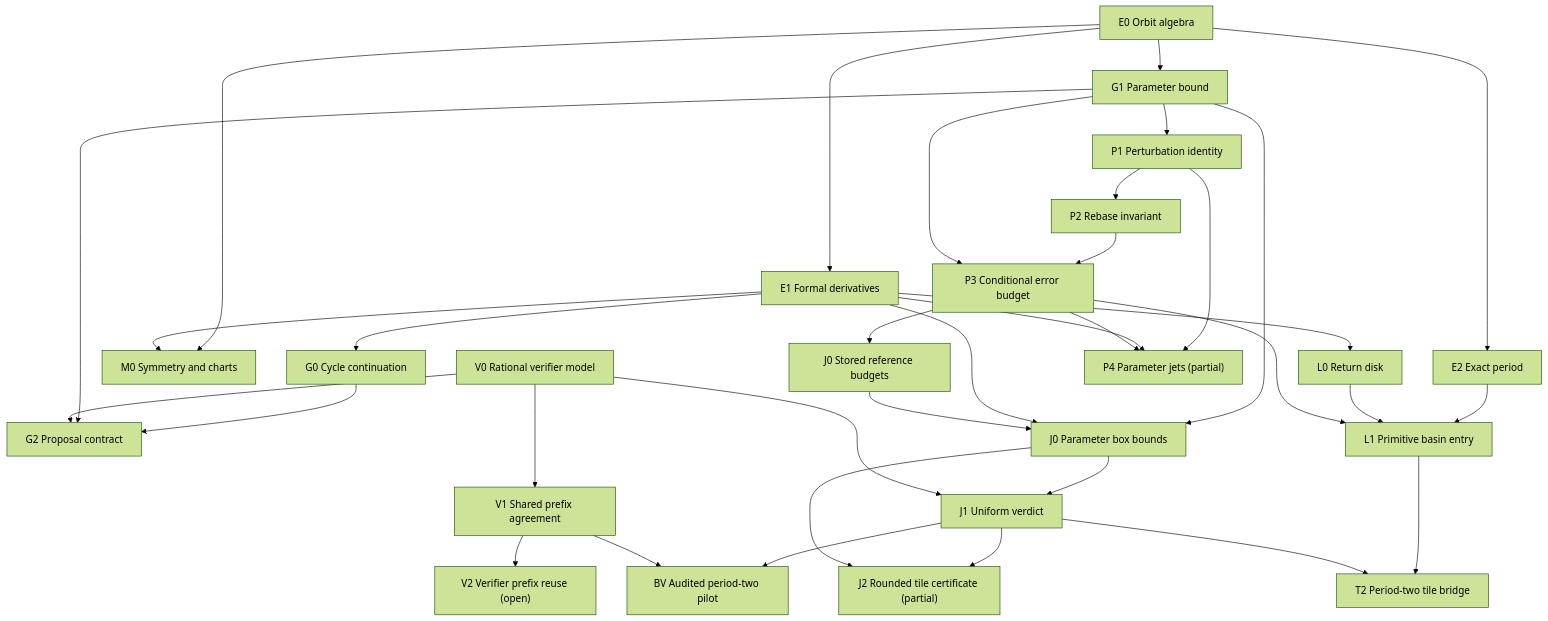
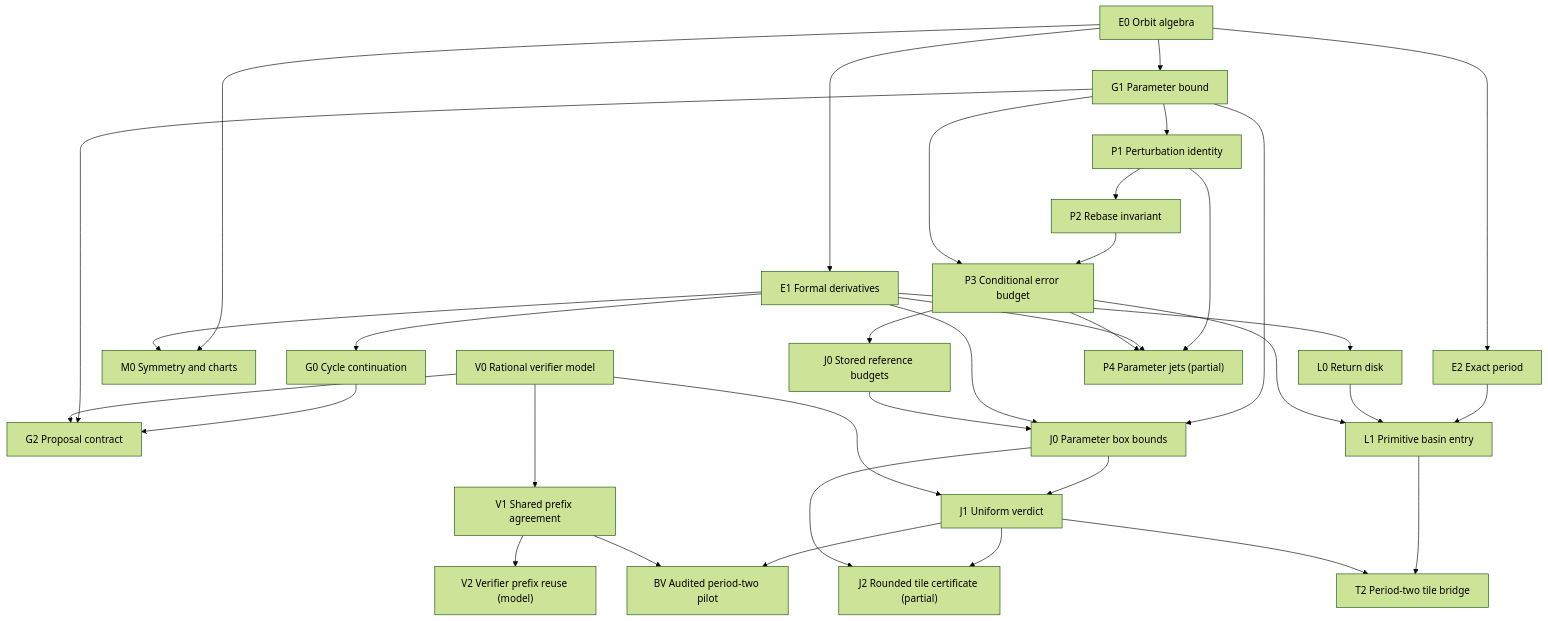
One commit to Aaron-Fine/int-M- changed the diagram in docs/verification/LEAN-PROOF-DAG.md. Above: the diagram before and after it, drawn with Mermaid (forest theme). The commit also changed other lines of this file and 5 other files, not shown here.

First line of the commit message:
Prove V2 verifier frame-cache equivalence in the exact model

````diff
--- a/docs/verification/LEAN-PROOF-DAG.md
+++ b/docs/verification/LEAN-PROOF-DAG.md
@@ -7,38 +7,38 @@
 ```mermaid
 flowchart TD
   E0["E0 Orbit algebra"] --> E1["E1 Formal derivatives"]
   E0 --> E2["E2 Exact period"]
   E0 --> M0["M0 Symmetry and charts"]
   E1 --> M0
   V0["V0 Rational verifier model"]
   V0 --> V1["V1 Shared prefix agreement"]
-  V1 --> V2["V2 Verifier prefix reuse (open)"]
+  V1 --> V2["V2 Verifier prefix reuse (model)"]
   E1 --> G0["G0 Cycle continuation"]
   E0 --> G1["G1 Parameter bound"]
   G0 --> G2["G2 Proposal contract"]
   G1 --> G2
   V0 --> G2
   E1 --> L0["L0 Return disk"]
   E2 --> L1["L1 Primitive basin entry"]
   L0 --> L1
   G1 --> J0["J0 Parameter box bounds"]
   E1 --> J0
   J0 --> J1["J1 Uniform verdict"]
   V0 --> J1
   J1 --> J2["J2 Rounded tile certificate (partial)"]
   J1 --> BV["BV Audited period-two pilot"]
   V1 --> BV
   L1 --> T2["T2 Period-two tile bridge"]
   J1 --> T2
   G1 --> P1["P1 Perturbation identity"]
   P1 --> P2["P2 Rebase invariant"]
   P2 --> P3["P3 Conditional error budget"]
   G1 --> P3
   P3 --> J0S["J0 Stored reference budgets"]
   J0S --> J0
   J0 --> J2
   P3 --> L1
   P1 --> P4["P4 Parameter jets (partial)"]
   E1 --> P4
   P3 --> P4
 ```
````
